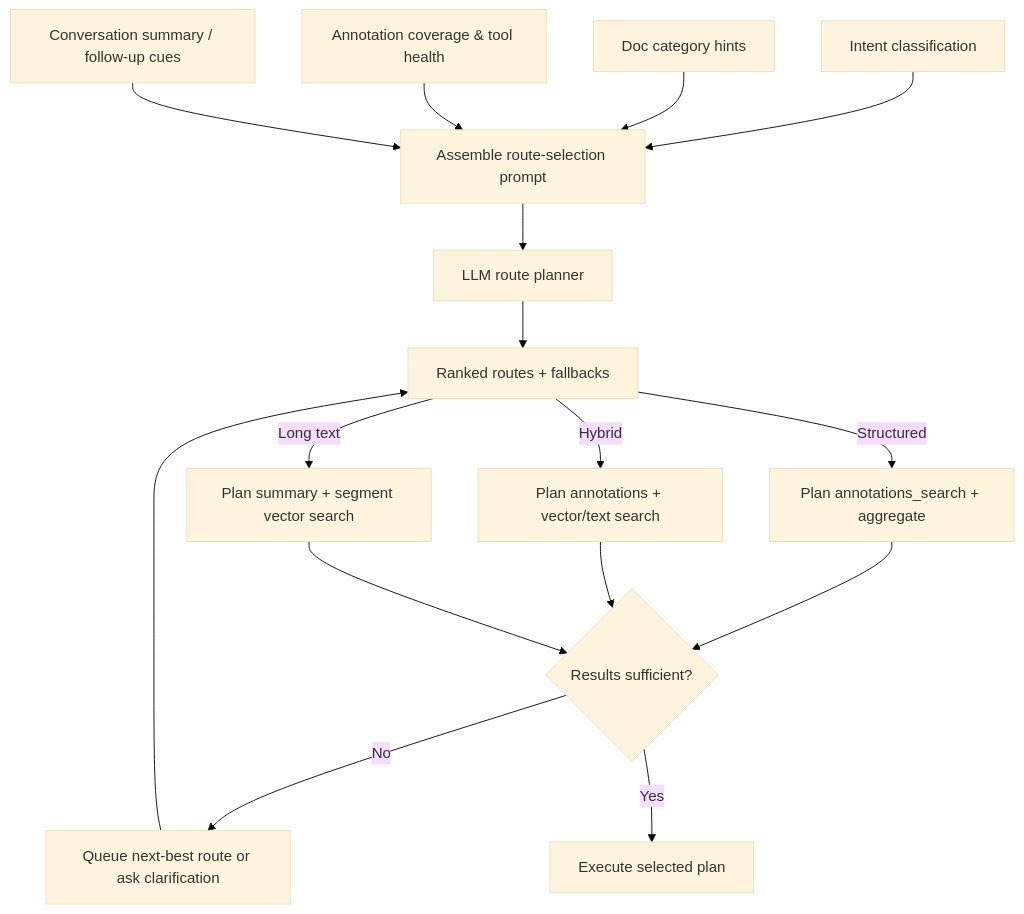
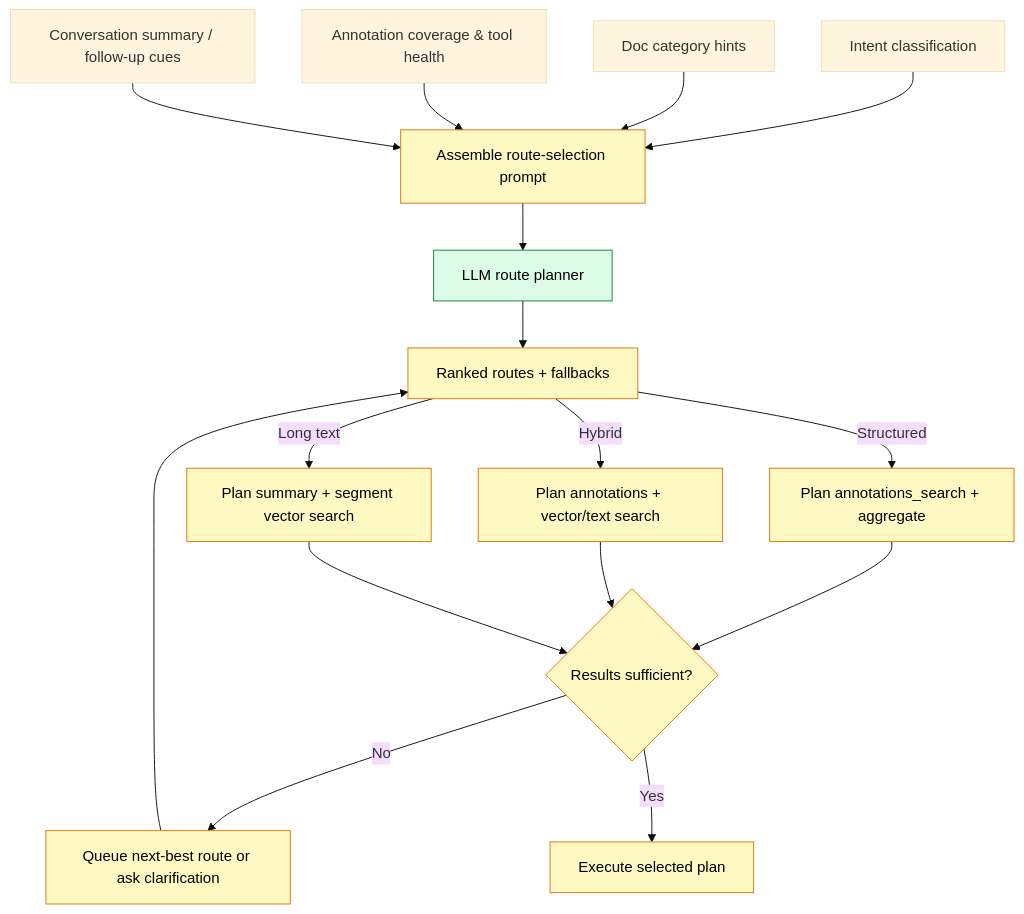
One commit to nobody-qwert/zzz_rag_xxx changed the second of 3 diagrams in docs/architecture/rag_workflow.md. Above: the diagram before and after it, drawn with Mermaid (base theme). The commit also changed other lines of this file, not shown here.

````diff
--- a/docs/architecture/rag_workflow.md
+++ b/docs/architecture/rag_workflow.md
@@ -78,27 +89,37 @@
 ```mermaid
 flowchart TD
     INTENT[Intent classification]
     CATS[Doc category hints]
     COVERAGE[Annotation coverage & tool health]
     HISTORY[Conversation summary / follow-up cues]
 
     INTENT --> PROMPT[Assemble route-selection prompt]
     CATS --> PROMPT
     COVERAGE --> PROMPT
     HISTORY --> PROMPT
 
     PROMPT --> LLM[LLM route planner]
     LLM --> SCORE[Ranked routes + fallbacks]
 
     SCORE -->|Structured| STRUCT_ROUTE[Plan annotations_search + aggregate]
     SCORE -->|Hybrid| HYBRID_ROUTE[Plan annotations + vector/text search]
     SCORE -->|Long text| LONG_ROUTE[Plan summary + segment vector search]
 
     STRUCT_ROUTE --> CHECK{Results sufficient?}
     HYBRID_ROUTE --> CHECK
     LONG_ROUTE --> CHECK
 
     CHECK -->|No| FALLBACK[Queue next-best route or ask clarification]
     FALLBACK --> SCORE
     CHECK -->|Yes| EXECUTE[Execute selected plan]
+
+    style PROMPT fill:#fef9c3,stroke:#d97706,color:#000
+    style LLM fill:#dcfce7,stroke:#15803d,color:#000
+    style SCORE fill:#fef9c3,stroke:#d97706,color:#000
+    style STRUCT_ROUTE fill:#fef9c3,stroke:#d97706,color:#000
+    style HYBRID_ROUTE fill:#fef9c3,stroke:#d97706,color:#000
+    style LONG_ROUTE fill:#fef9c3,stroke:#d97706,color:#000
+    style CHECK fill:#fef9c3,stroke:#d97706,color:#000
+    style FALLBACK fill:#fef9c3,stroke:#d97706,color:#000
+    style EXECUTE fill:#fef9c3,stroke:#d97706,color:#000
 ```
````
